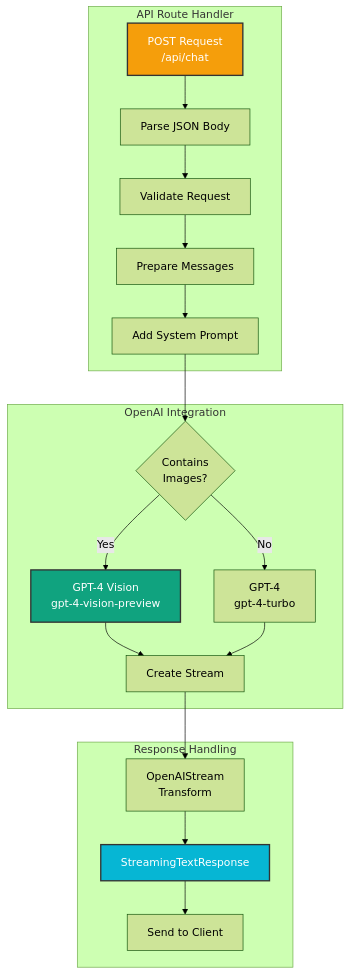
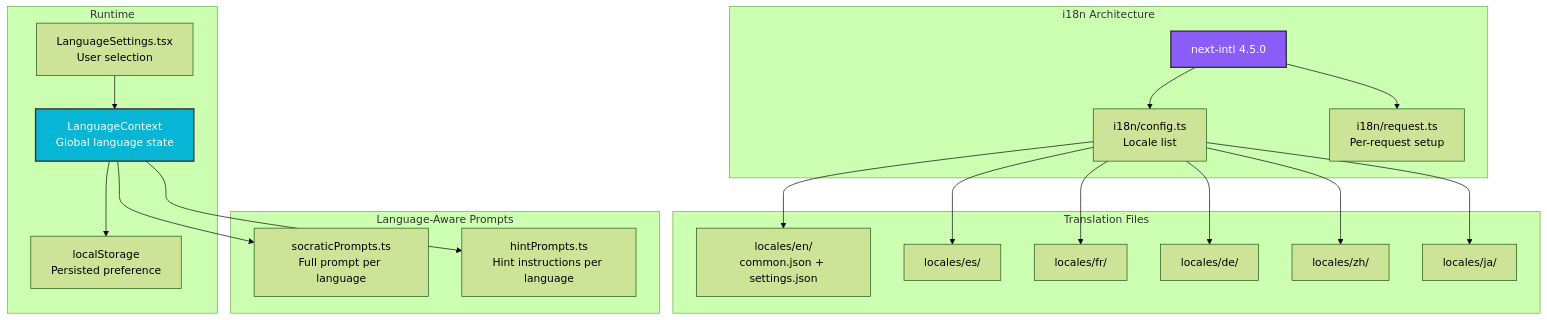
Before and after one commit to Rhoahndur/Gandalf: diagram 12 of 15 in architecture.md, drawn with Mermaid (forest theme). The commit also changed other lines of this file and 15 other files, not shown here.

Commit message:
switch to the flat config eslint, update package json and propagated lint formatting changes and recommit changes

````diff
--- a/architecture.md
+++ b/architecture.md
@@ -481,43 +471,45 @@
 ```mermaid
 graph TB
-    subgraph "API Route Handler"
-        Request[POST Request<br/>/api/chat]
-        ParseBody[Parse JSON Body]
-        ValidateAuth[Validate Request]
-        PrepareMessages[Prepare Messages]
-        SystemPrompt[Add System Prompt]
+    subgraph "i18n Architecture"
+        NextIntl["next-intl 4.5.0"]
+        Config["i18n/config.ts<br/>Locale list"]
+        Request["i18n/request.ts<br/>Per-request setup"]
     end
-    
-    subgraph "OpenAI Integration"
-        CheckImages{Contains<br/>Images?}
-        GPT4Vision[GPT-4 Vision<br/>gpt-4-vision-preview]
-        GPT4[GPT-4<br/>gpt-4-turbo]
-        StreamCreate[Create Stream]
+
+    subgraph "Translation Files"
+        EN["locales/en/<br/>common.json + settings.json"]
+        ES["locales/es/"]
+        FR["locales/fr/"]
+        DE["locales/de/"]
+        ZH["locales/zh/"]
+        JA["locales/ja/"]
     end
-    
-    subgraph "Response Handling"
-        OpenAIStream[OpenAIStream<br/>Transform]
-        StreamResponse[StreamingTextResponse]
-        SendResponse[Send to Client]
+
+    subgraph "Language-Aware Prompts"
+        SocraticPrompts["socraticPrompts.ts<br/>Full prompt per language"]
+        HintPrompts["hintPrompts.ts<br/>Hint instructions per language"]
     end
-    
-    Request --> ParseBody
-    ParseBody --> ValidateAuth
-    ValidateAuth --> PrepareMessages
-    PrepareMessages --> SystemPrompt
-    SystemPrompt --> CheckImages
-    
-    CheckImages -->|Yes| GPT4Vision
-    CheckImages -->|No| GPT4
-    
-    GPT4Vision --> StreamCreate
-    GPT4 --> StreamCreate
-    
-    StreamCreate --> OpenAIStream
-    OpenAIStream --> StreamResponse
-    StreamResponse --> SendResponse
-    
-    style Request fill:#f59e0b,stroke:#333,stroke-width:2px,color:#fff
-    style GPT4Vision fill:#10a37f,stroke:#333,stroke-width:2px,color:#fff
-    style StreamResponse fill:#06b6d4,stroke:#333,stroke-width:2px,color:#fff
+
+    subgraph "Runtime"
+        LangContext["LanguageContext<br/>Global language state"]
+        Settings["LanguageSettings.tsx<br/>User selection"]
+        LocalStorage["localStorage<br/>Persisted preference"]
+    end
+
+    NextIntl --> Config
+    NextIntl --> Request
+    Config --> EN
+    Config --> ES
+    Config --> FR
+    Config --> DE
+    Config --> ZH
+    Config --> JA
+
+    Settings --> LangContext
+    LangContext --> LocalStorage
+    LangContext --> SocraticPrompts
+    LangContext --> HintPrompts
+
+    style NextIntl fill:#8b5cf6,stroke:#333,stroke-width:2px,color:#fff
+    style LangContext fill:#06b6d4,stroke:#333,stroke-width:2px,color:#fff
 ```
````
